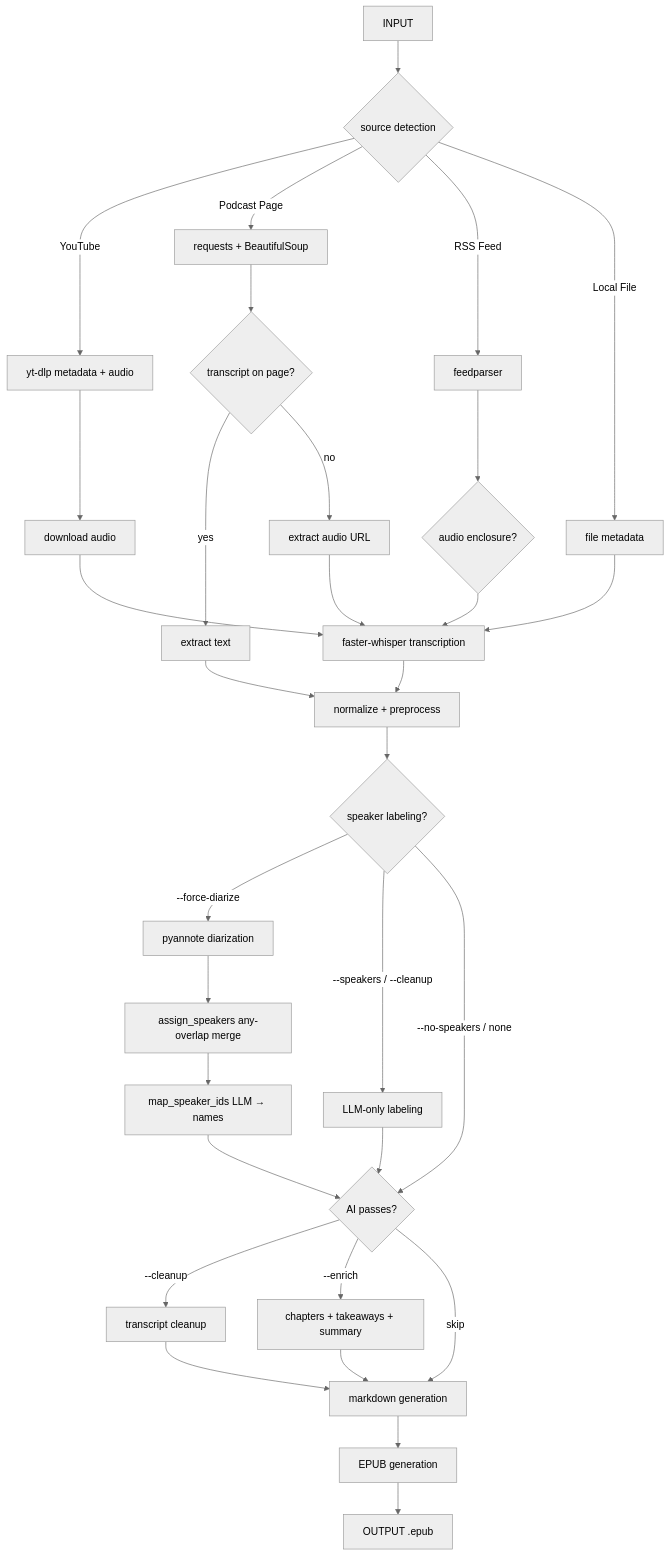
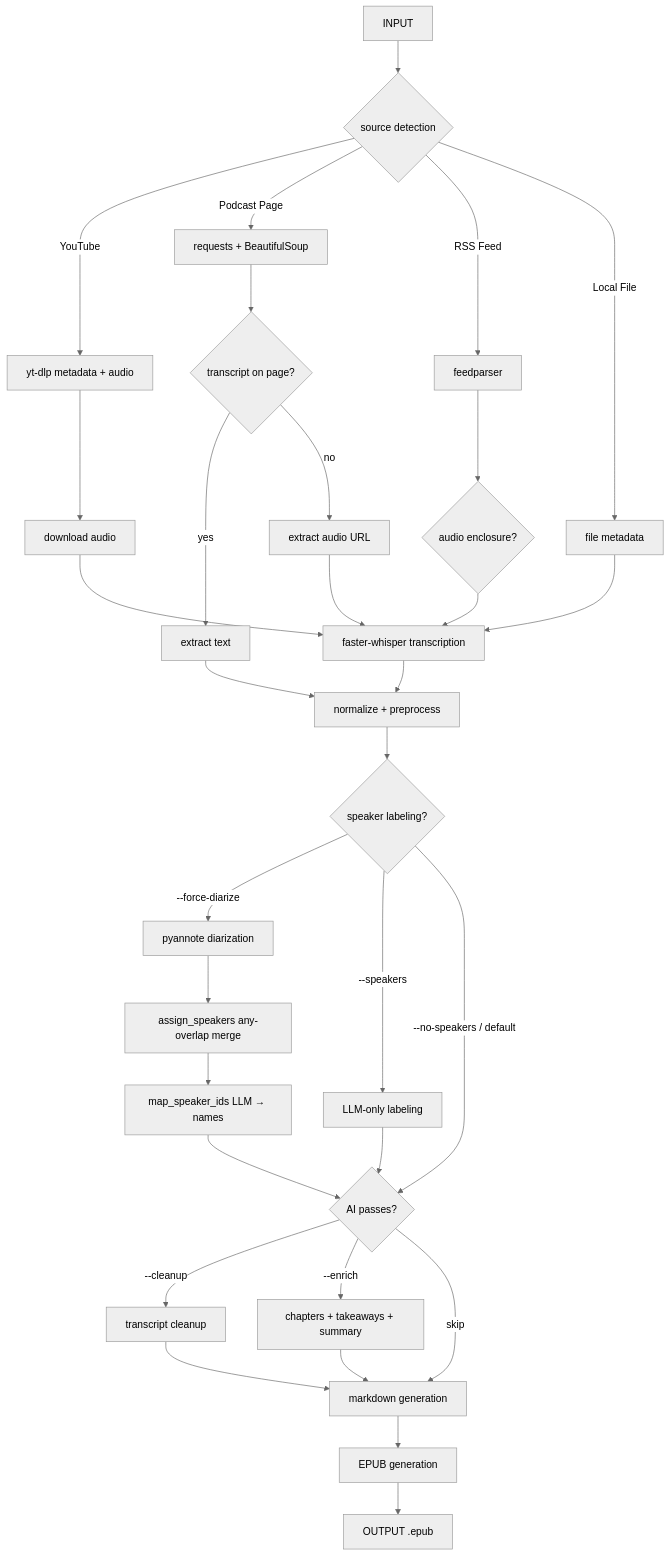
Before and after one commit to huajie06/to-text: the diagram in README.md, drawn with Mermaid (neutral theme). The commit also changed other lines of this file and 3 other files, not shown here.

First line of the commit message:
Make speaker labeling opt-in, decouple from --cleanup

````diff
--- a/README.md
+++ b/README.md
@@ -25,42 +25,42 @@
 ```mermaid
 flowchart TD
     A[INPUT] --> B{source detection}
     B -->|YouTube| C[yt-dlp metadata + audio]
     B -->|Podcast Page| D[requests + BeautifulSoup]
     B -->|RSS Feed| E[feedparser]
     B -->|Local File| F[file metadata]
 
     C --> K[download audio]
     D --> H{transcript on page?}
     E --> I{audio enclosure?}
 
     H -->|yes| L[extract text]
     H -->|no| M[extract audio URL]
 
     K --> N[faster-whisper transcription]
     M --> N
     I --> N
     F --> N
 
     N --> O[normalize + preprocess]
     L --> O
 
     O --> SP{speaker labeling?}
     SP -->|--force-diarize| DZ[pyannote diarization]
-    SP -->|--speakers / --cleanup| SL[LLM-only labeling]
-    SP -->|--no-speakers / none| P
+    SP -->|--speakers| SL[LLM-only labeling]
+    SP -->|--no-speakers / default| P
 
     DZ --> AS[assign_speakers any-overlap merge]
     AS --> MP[map_speaker_ids LLM → names]
     SL --> P
 
     MP --> P{AI passes?}
     P -->|--cleanup| Q[transcript cleanup]
     P -->|--enrich| R[chapters + takeaways + summary]
     Q --> S[markdown generation]
     R --> S
     P -->|skip| S
 
     S --> T[EPUB generation]
     T --> U[OUTPUT .epub]
 ```
````
